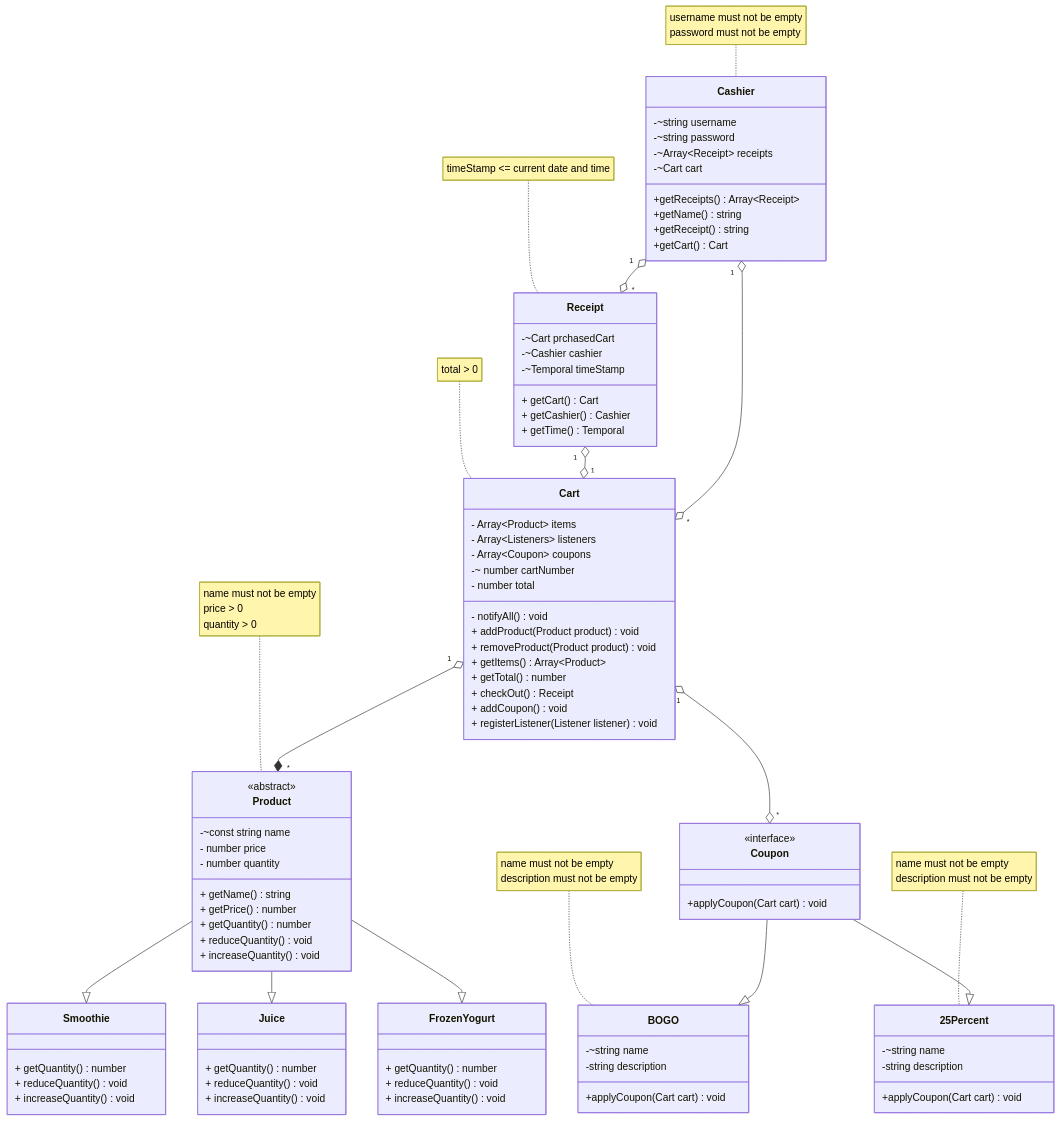
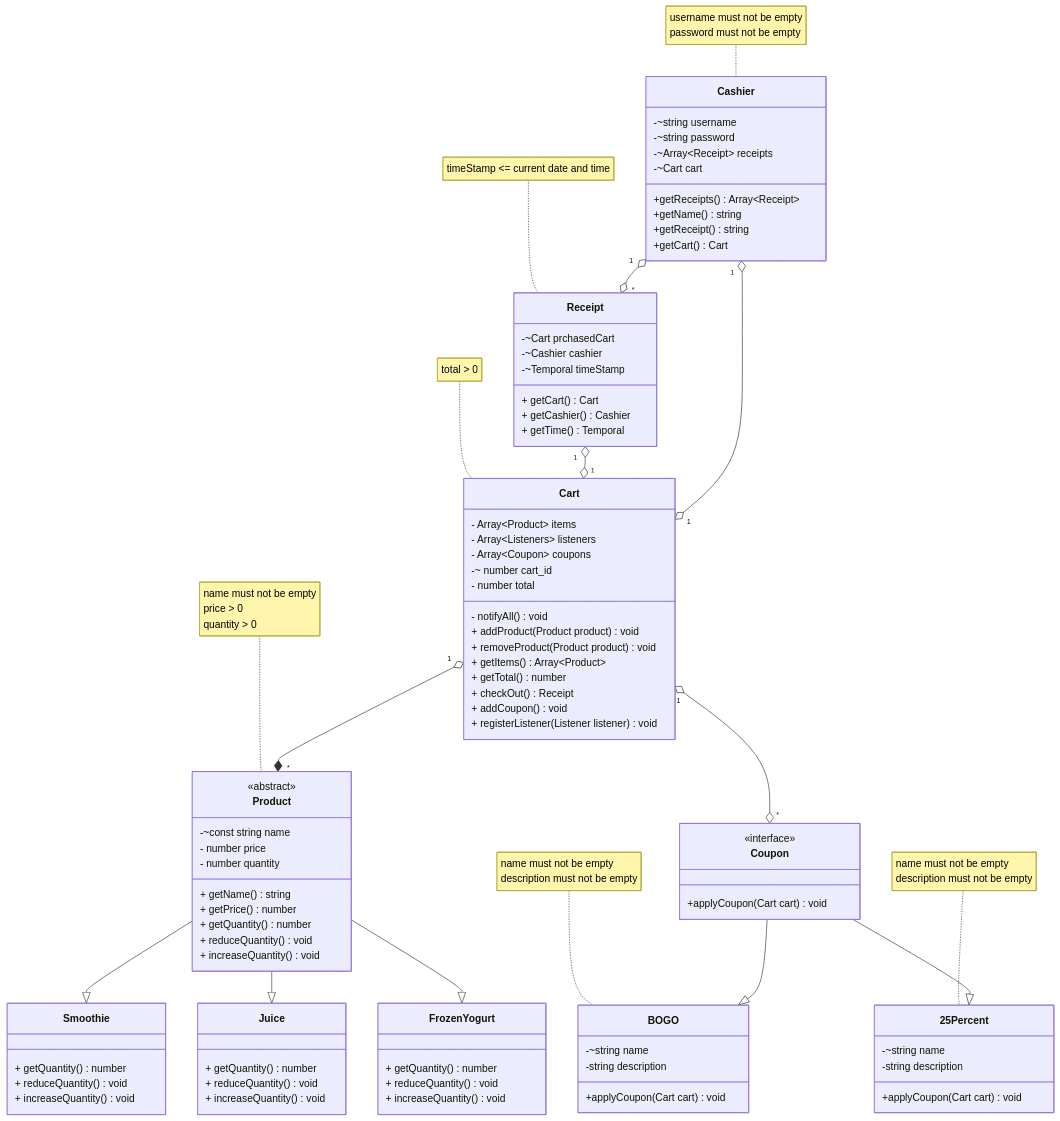
Before and after one commit to asantec2/cassy-project: the diagram in domain.md, drawn with Mermaid. The commit also changed 2 other files, not shown here.

Commit message:
Phase 2D redone

```diff
--- a/domain.md
+++ b/domain.md
@@ -54,7 +54,7 @@
     - Array~Product~ items
     - Array~Listeners~ listeners
     - Array~Coupon~ coupons
-    -~ number cartNumber
+    -~ number cart_id
     - number total
     - notifyAll() void
     + addProduct(Product product)void
@@ -131,7 +131,7 @@
  
  Cart "1" o--* "*" Product
  Receipt "1" o--o "1" Cart
- Cashier "1" o--o "*" Cart
+ Cashier "1" o--o "1" Cart
  Cashier "1" o--o "*" Receipt
  Cart "1" o--o "*" Coupon
 
```
